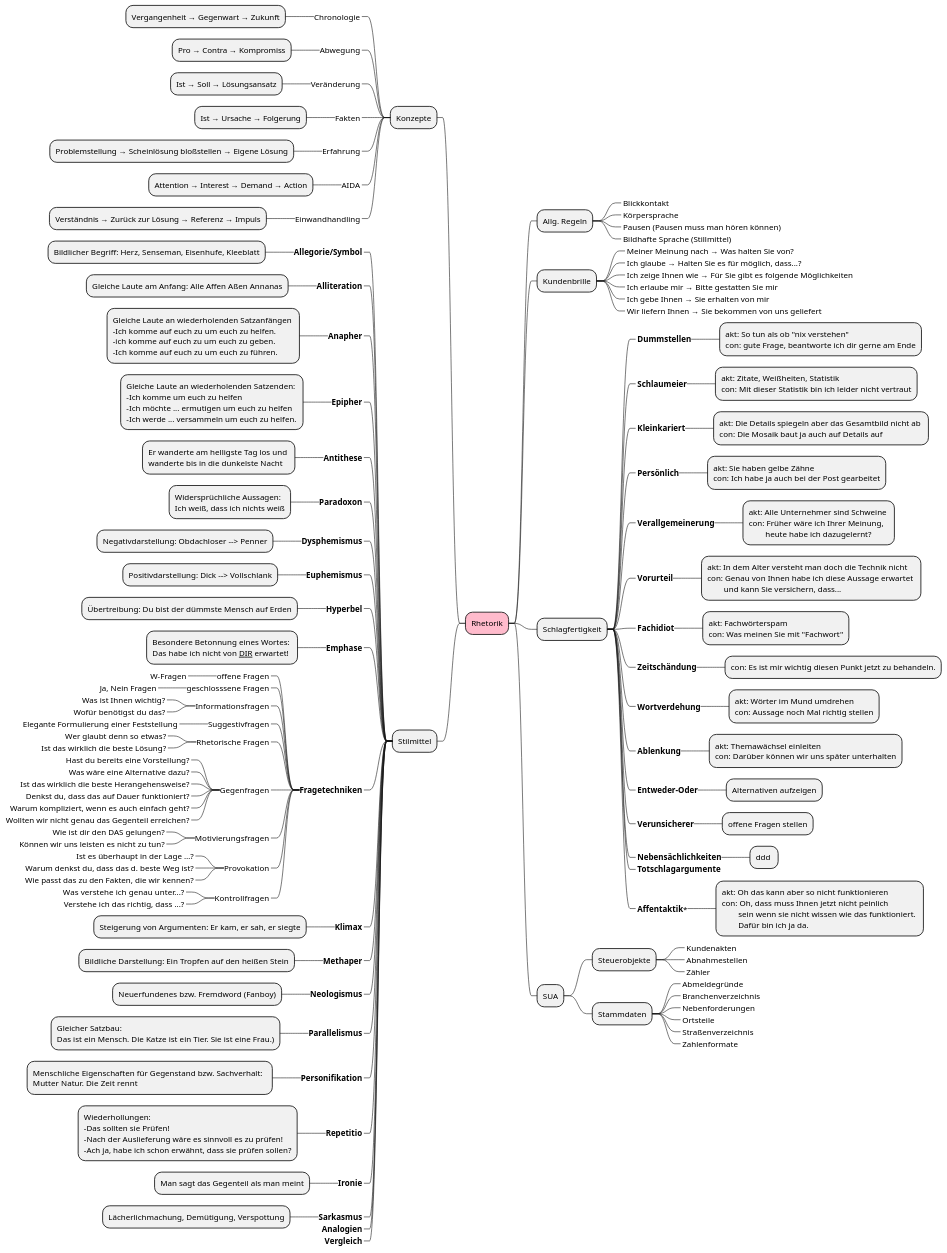
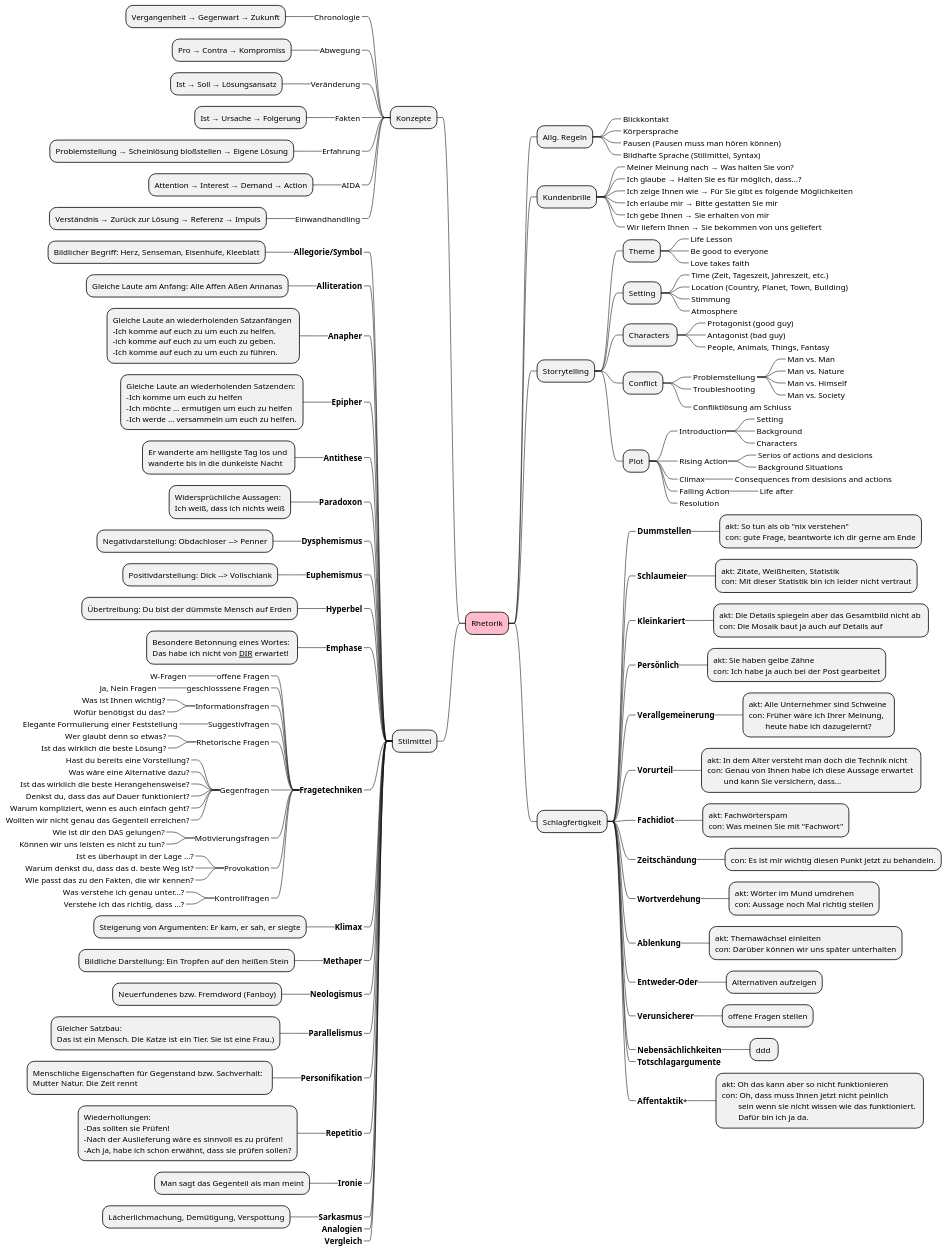
Before and after one commit to KUDIDUK/diagramming: the first of 2 diagrams in plantUML/Rethorik.plantuml, drawn with PlantUML.

Commit message:
Rhetorikdiagramm

```diff
--- a/plantUML/Rethorik.plantuml
+++ b/plantUML/Rethorik.plantuml
@@ -2,141 +2,164 @@
 @startmindmap Stammdaten
 +[#FFBBCC] Rhetorik
 ++ Allg. Regeln
 +++_ Blickkontakt
 +++_ Körpersprache
 +++_ Pausen (Pausen muss man hören können)
-+++_ Bildhafte Sprache (Stillmittel)
++++_ Bildhafte Sprache (Stillmittel, Syntax)
 ++ Kundenbrille
 +++_ Meiner Meinung nach → Was halten Sie von?
 +++_ Ich glaube → Halten Sie es für möglich, dass...?
 +++_ Ich zeige Ihnen wie → Für Sie gibt es folgende Möglichkeiten
 +++_ Ich erlaube mir → Bitte gestatten Sie mir
 +++_ Ich gebe Ihnen → Sie erhalten von mir
 +++_ Wir liefern Ihnen → Sie bekommen von uns geliefert
+++ Storrytelling
++++ Theme
+++++_ Life Lesson
+++++_ Be good to everyone
+++++_ Love takes faith
++++ Setting
+++++_ Time (Zeit, Tageszeit, Jahreszeit, etc.)
+++++_ Location (Country, Planet, Town, Building)
+++++_ Stimmung
+++++_ Atmosphere
++++ Characters 
+++++_ Protagonist (good guy)
+++++_ Antagonist (bad guy)
+++++_ People, Animals, Things, Fantasy
++++ Conflict
+++++_ Problemstellung 
++++++_ Man vs. Man 
++++++_ Man vs. Nature
++++++_ Man vs. Himself
++++++_ Man vs. Society
+++++_ Troubleshooting
+++++_ Confliktlösung am Schluss
++++ Plot
+++++_ Introduction
++++++_ Setting
++++++_ Background
++++++_ Characters
+++++_ Rising Action
++++++_ Serios of actions and desicions
++++++_ Background Situations
+++++_ Climax
++++++_ Consequences from desisions and actions
+++++_ Falling Action
++++++_ Life after
+++++_ Resolution
 ++ Schlagfertigkeit
 +++_ **Dummstellen**
 ++++ akt: So tun als ob "nix verstehen" \ncon: gute Frage, beantworte ich dir gerne am Ende
 +++_ **Schlaumeier**
 ++++ akt: Zitate, Weißheiten, Statistik \ncon: Mit dieser Statistik bin ich leider nicht vertraut
 +++_ **Kleinkariert**
 ++++ akt: Die Details spiegeln aber das Gesamtbild nicht ab \ncon: Die Mosaik baut ja auch auf Details auf
 +++_ **Persönlich**
 ++++ akt: Sie haben gelbe Zähne \ncon: Ich habe ja auch bei der Post gearbeitet
 +++_ **Verallgemeinerung**
 ++++ akt: Alle Unternehmer sind Schweine \ncon: Früher wäre ich Ihrer Meinung, \n\theute habe ich dazugelernt?
 +++_ **Vorurteil**
 ++++ akt: In dem Alter versteht man doch die Technik nicht \ncon: Genau von Ihnen habe ich diese Aussage erwartet \n\tund kann Sie versichern, dass...
 +++_ **Fachidiot**
 ++++ akt: Fachwörterspam \ncon: Was meinen Sie mit "Fachwort"
 +++_ **Zeitschändung**
 ++++ con: Es ist mir wichtig diesen Punkt jetzt zu behandeln.
 +++_ **Wortverdehung**
 ++++ akt: Wörter im Mund umdrehen \ncon: Aussage noch Mal richtig stellen
 +++_ **Ablenkung**
 ++++ akt: Themawächsel einleiten \ncon: Darüber können wir uns später unterhalten
 +++_ **Entweder-Oder**
 ++++ Alternativen aufzeigen
 +++_ **Verunsicherer**
 ++++ offene Fragen stellen
 +++_ **Nebensächlichkeiten**
 ++++ ddd 
 +++_ **Totschlagargumente**
 +++_ **Affentaktik***
 ++++ akt: Oh das kann aber so nicht funktionieren \ncon: Oh, dass muss Ihnen jetzt nicht peinlich \n\tsein wenn sie nicht wissen wie das funktioniert. \n\tDafür bin ich ja da.
-++ SUA
-+++ Steuerobjekte
-++++_ Kundenakten
-++++_ Abnahmestellen
-++++_ Zähler
-+++ Stammdaten
-++++_ Abmeldegründe
-++++_ Branchenverzeichnis
-++++_ Nebenforderungen
-++++_ Ortsteile
-++++_ Straßenverzeichnis
-++++_ Zahlenformate
 -- Konzepte
 ---_ Chronologie
 ---- Vergangenheit → Gegenwart → Zukunft
 ---_ Abwegung
 ---- Pro → Contra → Kompromiss
 ---_ Veränderung
 ---- Ist → Soll → Lösungsansatz
 ---_ Fakten
 ---- Ist → Ursache → Folgerung
 ---_ Erfahrung
 ---- Problemstellung → Scheinlösung bloßstellen → Eigene Lösung
 ---_ AIDA
 ---- Attention → Interest → Demand → Action
 ---_ Einwandhandling
 ---- Verständnis → Zurück zur Lösung → Referenz → Impuls
 -- Stilmittel
 ---_ **Allegorie/Symbol**
 ---- Bildlicher Begriff: Herz, Senseman, Eisenhufe, Kleeblatt
 ---_ **Alliteration**
 ---- Gleiche Laute am Anfang: Alle Affen Aßen Annanas
 ---_ **Anapher**
 ---- Gleiche Laute an wiederholenden Satzanfängen \n-Ich komme auf euch zu um euch zu helfen. \n-ich komme auf euch zu um euch zu geben. \n-Ich komme auf euch zu um euch zu führen.
 ---_ **Epipher**
 ---- Gleiche Laute an wiederholenden Satzenden: \n-Ich komme um euch zu helfen \n-Ich möchte ... ermutigen um euch zu helfen \n-Ich werde ... versammeln um euch zu helfen.
 ---_ **Antithese**
 ---- Er wanderte am helligste Tag los und \nwanderte bis in die dunkelste Nacht
 ---_ **Paradoxon**
 ---- Widersprüchliche Aussagen: \nIch weiß, dass ich nichts weiß
 ---_ **Dysphemismus**
 ---- Negativdarstellung: Obdachloser --> Penner
 ---_ **Euphemismus**
 ---- Positivdarstellung: Dick --> Vollschlank
 ---_ **Hyperbel**
 ---- Übertreibung: Du bist der dümmste Mensch auf Erden
 ---_ **Emphase**
 ---- Besondere Betonnung eines Wortes: \nDas habe ich nicht von <u>DIR</u> erwartet!
 ---_ **Fragetechniken**
 ----_ offene Fragen
 -----_ W-Fragen
 ----_ geschlosssene Fragen
 -----_ Ja, Nein Fragen
 ----_ Informationsfragen
 -----_ Was ist Ihnen wichtig?
 -----_ Wofür benötigst du das?
 ----_ Suggestivfragen
 -----_ Elegante Formulierung einer Feststellung
 ----_ Rhetorische Fragen
 -----_ Wer glaubt denn so etwas?
 -----_ Ist das wirklich die beste Lösung?
 ----_ Gegenfragen
 -----_ Hast du bereits eine Vorstellung?
 -----_ Was wäre eine Alternative dazu?
 -----_ Ist das wirklich die beste Herangehensweise?
 -----_ Denkst du, dass das auf Dauer funktioniert?
 -----_ Warum kompliziert, wenn es auch einfach geht?
 -----_ Wollten wir nicht genau das Gegenteil erreichen?
 ----_ Motivierungsfragen
 -----_ Wie ist dir den DAS gelungen?
 -----_ Können wir uns leisten es nicht zu tun?
 ----_ Provokation
 -----_ Ist es überhaupt in der Lage …?
 -----_ Warum denkst du, dass das d. beste Weg ist?
 -----_ Wie passt das zu den Fakten, die wir kennen?
 ----_ Kontrollfragen
 -----_ Was verstehe ich genau unter...?
 -----_ Verstehe ich das richtig, dass ...?
 ---_ **Klimax**
 ---- Steigerung von Argumenten: Er kam, er sah, er siegte
 ---_ **Methaper**
 ---- Bildliche Darstellung: Ein Tropfen auf den heißen Stein
 ---_ **Neologismus**
 ---- Neuerfundenes bzw. Fremdword (Fanboy)
 ---_ **Parallelismus**
 ---- Gleicher Satzbau: \nDas ist ein Mensch. Die Katze ist ein Tier. Sie ist eine Frau.)
 ---_ **Personifikation**
 ---- Menschliche Eigenschaften für Gegenstand bzw. Sachverhalt:  \nMutter Natur. Die Zeit rennt
 ---_ **Repetitio**
 ---- Wiederhollungen: \n-Das sollten sie Prüfen! \n-Nach der Auslieferung wäre es sinnvoll es zu prüfen! \n-Ach ja, habe ich schon erwähnt, dass sie prüfen sollen?
 ---_ **Ironie**
 ---- Man sagt das Gegenteil als man meint
 ---_ **Sarkasmus**
 ---- Lächerlichmachung, Demütigung, Verspottung
 ---_ **Analogien**
 ---_ **Vergleich**
 @endmindmap
```
